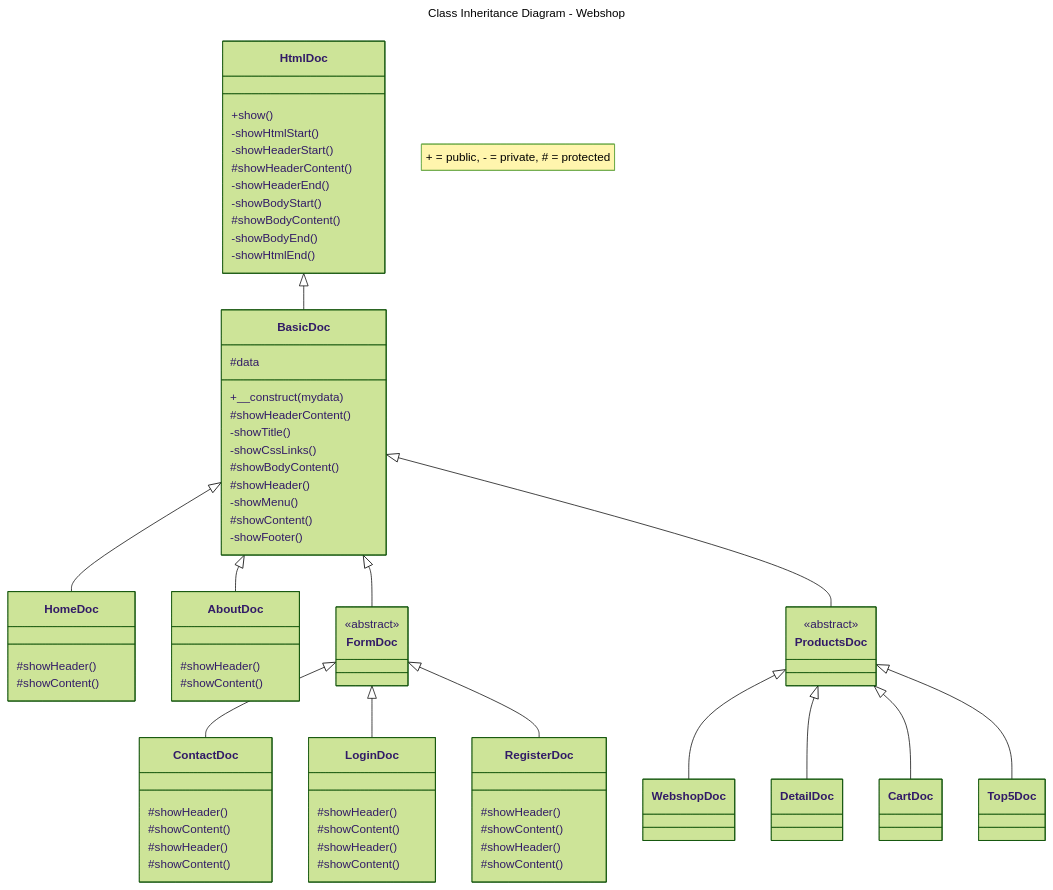
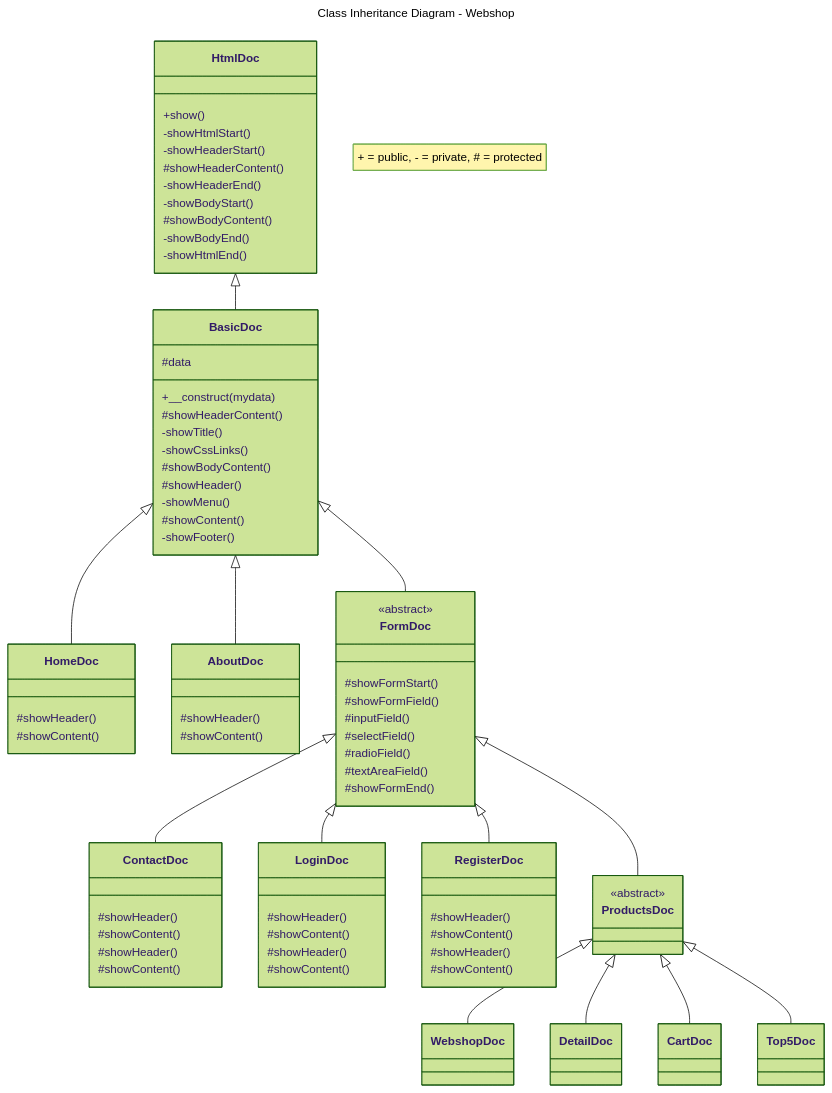
One commit to JeroenHeemskerk/educom-webshop-oop-1706014138 changed the diagram in Diagrams/class-inheritance-diagram-webshop.md. Above: the diagram before and after it, drawn with Mermaid (forest theme).

```diff
--- a/Diagrams/class-inheritance-diagram-webshop.md
+++ b/Diagrams/class-inheritance-diagram-webshop.md
@@ -10,11 +10,11 @@
     BasicDoc <|-- HomeDoc
     BasicDoc <|-- AboutDoc
     BasicDoc <|-- FormDoc
-    BasicDoc <|-- ProductsDoc
 
     FormDoc <|-- ContactDoc
     FormDoc <|-- LoginDoc
     FormDoc <|-- RegisterDoc
+    FormDoc <|-- ProductsDoc
 
     ProductsDoc <|-- WebshopDoc
     ProductsDoc <|-- DetailDoc
@@ -54,6 +54,13 @@
     }
     class FormDoc{
         <<abstract>>
+        #showFormStart()
+        #showFormField()
+        #inputField()
+        #selectField()
+        #radioField()
+        #textAreaField()
+        #showFormEnd()
     }
     class ContactDoc{
         #showHeader()
```
